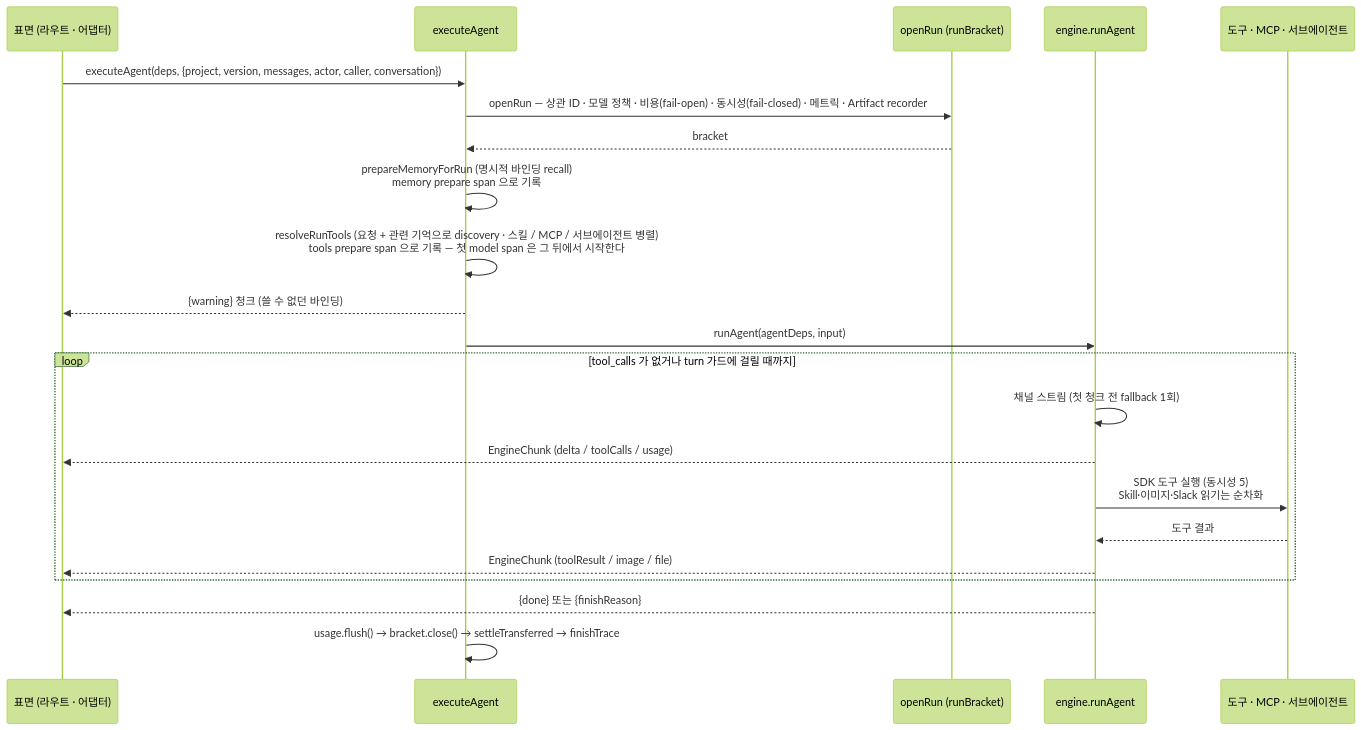
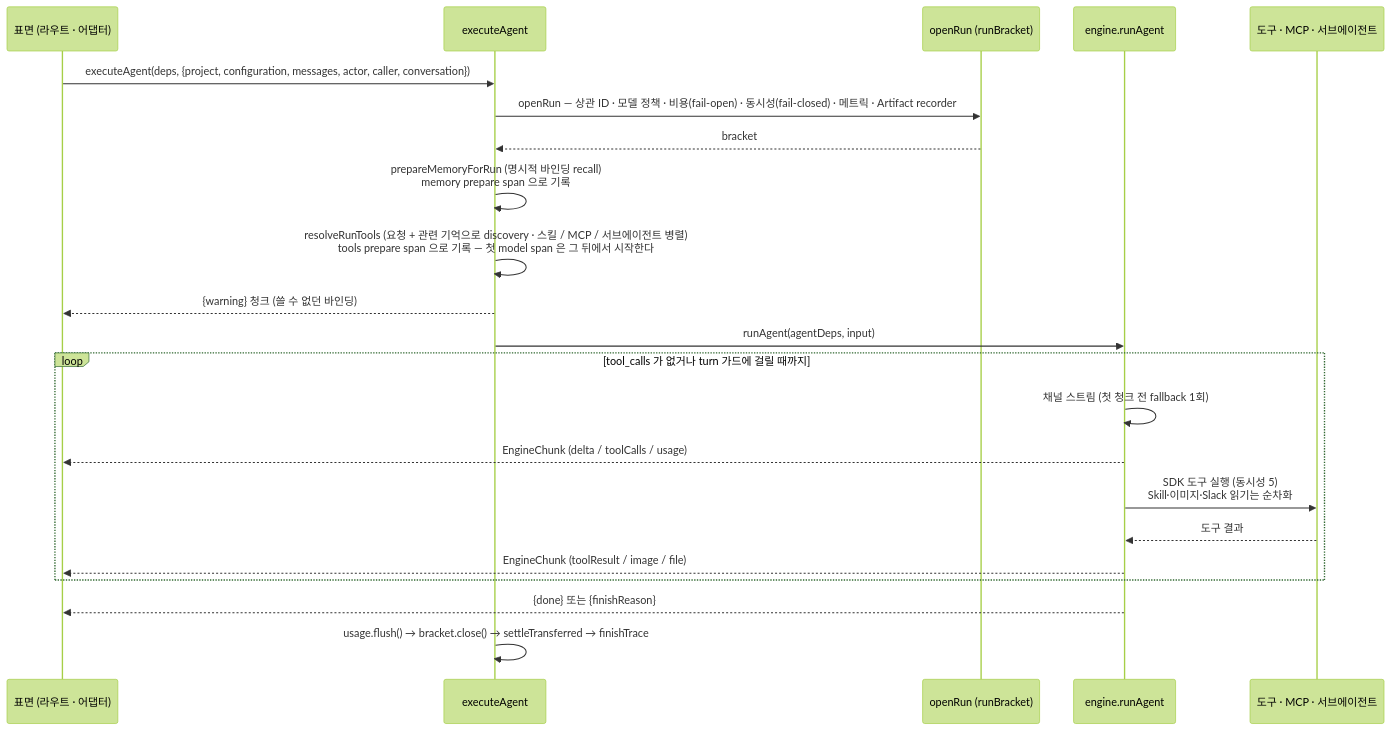
Before and after one commit to opspresso/agent-studio: the third of 9 diagrams in docs/DIAGRAMS.md, drawn with Mermaid (forest theme). The commit also changed other lines of this file and 63 other files, not shown here.

````diff
--- a/docs/DIAGRAMS.md
+++ b/docs/DIAGRAMS.md
@@ -120,24 +115,24 @@
 ```mermaid
 sequenceDiagram
   participant S as 표면 (라우트 · 어댑터)
   participant F as executeAgent
   participant B as openRun (runBracket)
   participant E as engine.runAgent
   participant T as 도구 · MCP · 서브에이전트
-  S->>F: executeAgent(deps, {project, version, messages, actor, caller, conversation})
+  S->>F: executeAgent(deps, {project, configuration, messages, actor, caller, conversation})
   F->>B: openRun — 상관 ID · 모델 정책 · 비용(fail-open) · 동시성(fail-closed) · 메트릭 · Artifact recorder
   B-->>F: bracket
   F->>F: prepareMemoryForRun (명시적 바인딩 recall)<br/>memory prepare span 으로 기록
   F->>F: resolveRunTools (요청 + 관련 기억으로 discovery · 스킬 / MCP / 서브에이전트 병렬)<br/>tools prepare span 으로 기록 — 첫 model span 은 그 뒤에서 시작한다
   F-->>S: {warning} 청크 (쓸 수 없던 바인딩)
   F->>E: runAgent(agentDeps, input)
   loop tool_calls 가 없거나 turn 가드에 걸릴 때까지
     E->>E: 채널 스트림 (첫 청크 전 fallback 1회)
     E-->>S: EngineChunk (delta / toolCalls / usage)
     E->>T: SDK 도구 실행 (동시성 5)<br/>Skill·이미지·Slack 읽기는 순차화
     T-->>E: 도구 결과
     E-->>S: EngineChunk (toolResult / image / file)
   end
   E-->>S: {done} 또는 {finishReason}
   F->>F: usage.flush() → bracket.close() → settleTransferred → finishTrace
 ```
````
